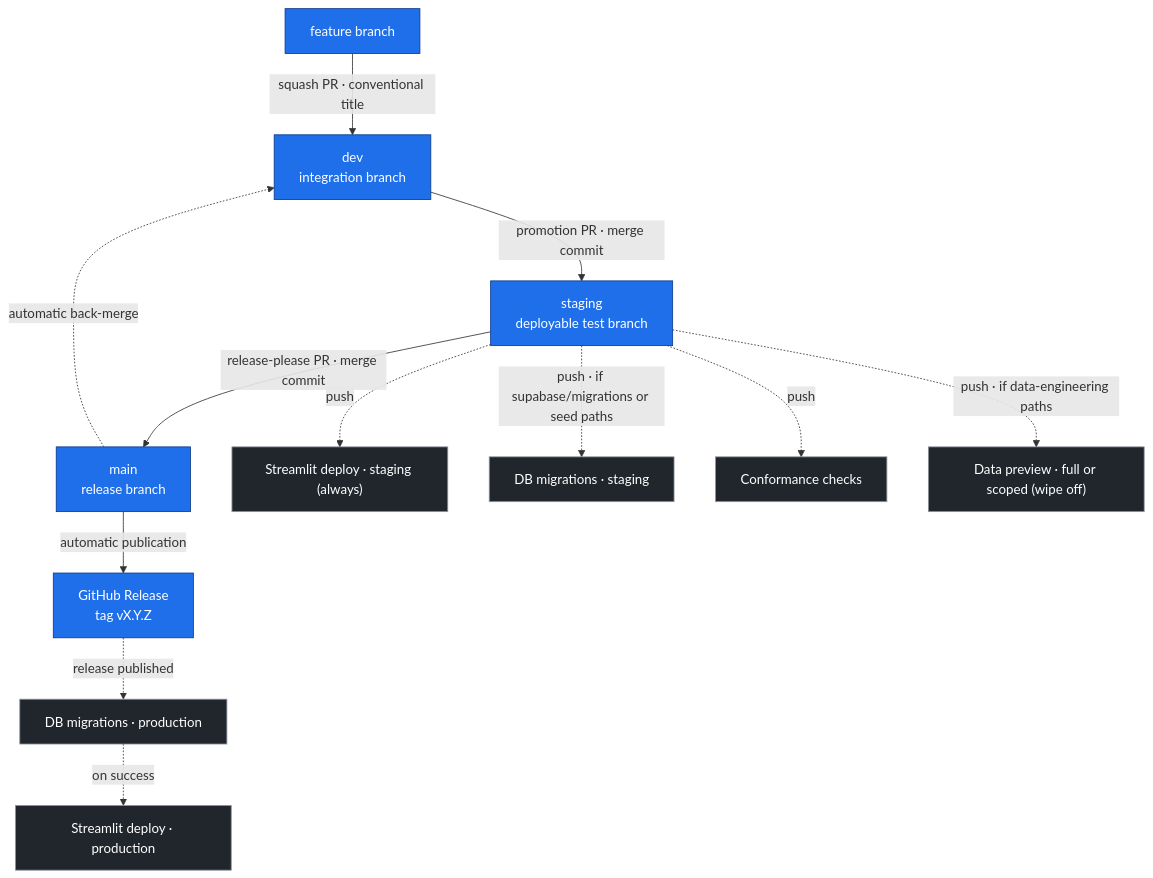
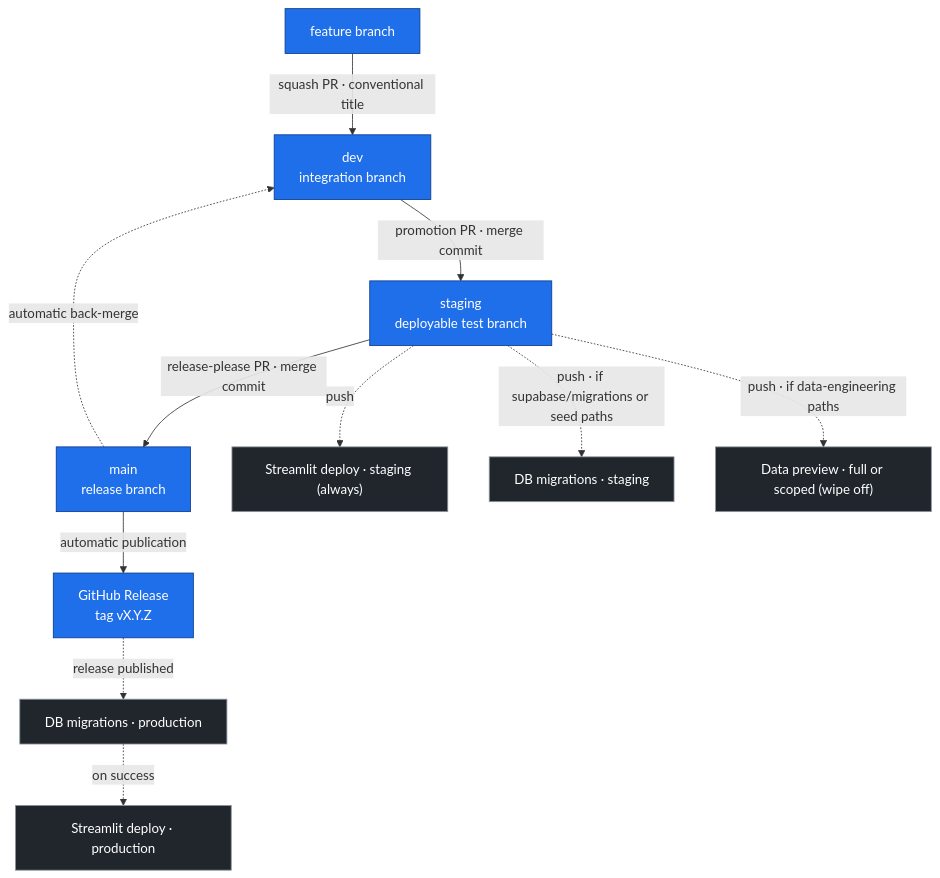
The diagram in docs/git_flow.md (DGAFP/assistant-rh), drawn with Mermaid before and after one commit. The commit also changed other lines of this file and 100 other files, not shown here.

````diff
--- a/docs/git_flow.md
+++ b/docs/git_flow.md
@@ -9,21 +9,20 @@
 ```mermaid
 flowchart TD
     F["feature branch"] -->|"squash PR · conventional title"| DEV["dev<br/>integration branch"]
     DEV -->|"promotion PR · merge commit"| STG["staging<br/>deployable test branch"]
     STG -->|"release-please PR · merge commit"| MAIN["main<br/>release branch"]
     MAIN -->|"automatic publication"| REL["GitHub Release<br/>tag vX.Y.Z"]
     MAIN -.->|"automatic back-merge"| DEV
 
     STG -.->|push| S1["Streamlit deploy · staging (always)"]
     STG -.->|"push · if supabase/migrations or seed paths"| S2["DB migrations · staging"]
-    STG -.->|push| S3["Conformance checks"]
-    STG -.->|"push · if data-engineering paths"| S4["Data preview · full or scoped (wipe off)"]
+    STG -.->|"push · if data-engineering paths"| S3["Data preview · full or scoped (wipe off)"]
 
     REL -.->|release published| P1["DB migrations · production"]
     P1 -.->|on success| P2["Streamlit deploy · production"]
 
     classDef branch fill:#1f6feb,stroke:#0b3a8c,color:#fff;
     classDef job fill:#21262d,stroke:#8b949e,color:#fff;
     class F,DEV,STG,MAIN,REL branch;
-    class S1,S2,S3,S4,P1,P2 job;
+    class S1,S2,S3,P1,P2 job;
 ```
````
